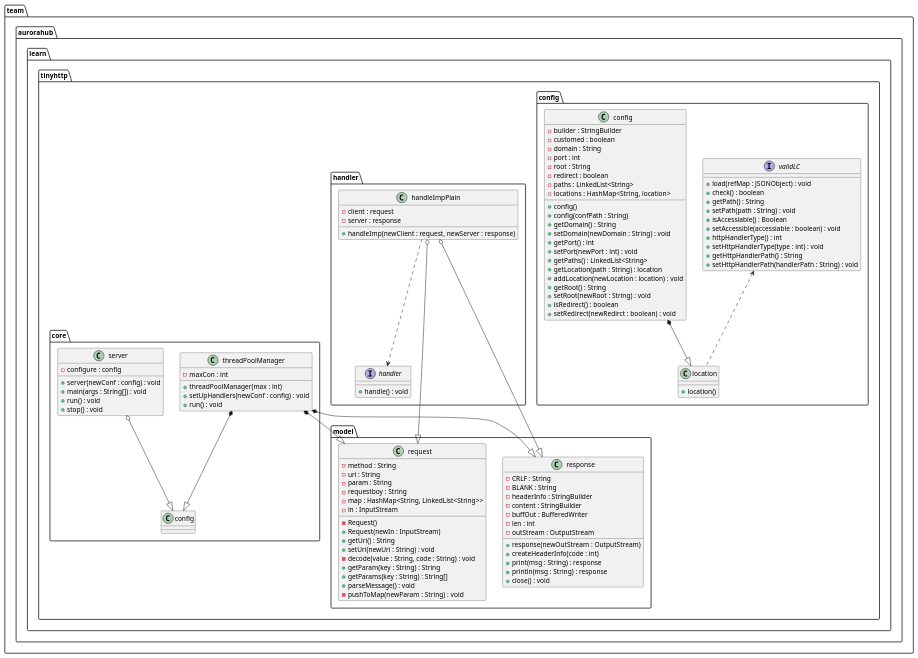
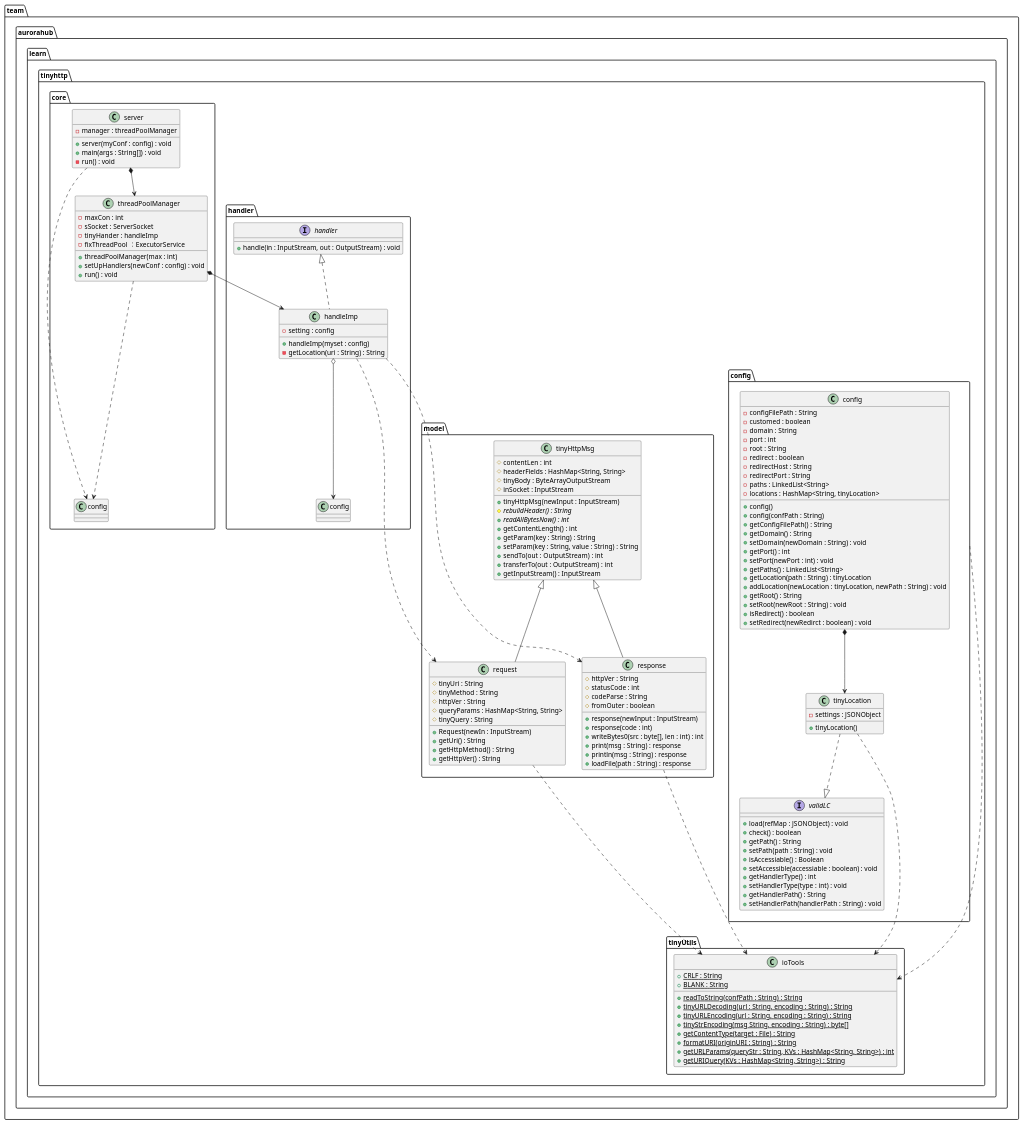
The diagram in resources/design.wsd (ChanthMiao/tinyhttp), drawn with PlantUML before and after one commit. The commit also changed 11 other files, not shown here.

Commit message:
It can run now!

```diff
--- a/resources/design.wsd
+++ b/resources/design.wsd
@@ -1,121 +1,159 @@
 @startuml tinyhttp
 package team.aurorahub.learn.tinyhttp{
 
     package team.aurorahub.learn.tinyhttp.config{
         interface validLC {
-        +load(refMap : JSONObject) : void
-        +check() : boolean
-        +getPath() : String
-        +setPath(path : String) : void
-        +isAccessiable() : Boolean
-        +setAccessible(accessiable : boolean) : void
-        +httpHandlerType() : int
-        +setHttpHandlerType(type : int) : void
-        +getHttpHandlerPath() : String
-        +setHttpHandlerPath(handlerPath : String) : void
+            +load(refMap : JSONObject) : void
+            +check() : boolean
+            +getPath() : String
+            +setPath(path : String) : void
+            +isAccessiable() : Boolean
+            +setAccessible(accessiable : boolean) : void
+            +getHandlerType() : int
+            +setHandlerType(type : int) : void
+            +getHandlerPath() : String
+            +setHandlerPath(handlerPath : String) : void
         }
 
-        class location {
-            +location()
+        class tinyLocation {
+            -settings : JSONObject
+            +tinyLocation()
         }
 
-        validLC <.. location
+        tinyLocation ..|> validLC
 
         class config{
-            -builder : StringBuilder
+            -configFilePath : String
             -customed : boolean
             -domain : String
             -port : int
             -root : String
             -redirect : boolean
+            -redirectHost : String
+            -redirectPort : String
             -paths : LinkedList<String>
-            -locations : HashMap<String, location>
+            -locations : HashMap<String, tinyLocation>
             +config()
             +config(confPath : String)
+            +getConfigFilePath() : String
             +getDomain() : String
             +setDomain(newDomain : String) : void
             +getPort() : int
             +setPort(newPort : int) : void
             +getPaths() : LinkedList<String>
-            +getLocation(path : String) : location
-            +addLocation(newLocation : location) : void
+            +getLocation(path : String) : tinyLocation
+            +addLocation(newLocation : tinyLocation, newPath : String) : void
             +getRoot() : String
             +setRoot(newRoot : String) : void
             +isRedirect() : boolean
             +setRedirect(newRedirct : boolean) : void
         }
 
-        config *--|> location
+        config *--> tinyLocation
     }
 
     package team.aurorahub.learn.tinyhttp.model{
+        class tinyHttpMsg{
+            #contentLen : int
+            #headerFields : HashMap<String, String>
+            #tinyBody : ByteArrayOutputStream
+            #inSocket : InputStream
+            +tinyHttpMsg(newInput : InputStream)
+            #{abstract}rebuildHeader() : String
+            +{abstract}readAllBytesNow() : int
+            +getContentLength() : int
+            +getParam(key : String) : String
+            +setParam(key : String, value : String) : String
+            +sendTo(out : OutputStream) : int
+            +transferTo(out : OutputStream) : int
+            +getInputStream() : InputStream
+        }
+
         class request{
-            -method : String
-            -uri : String
-            -param : String
-            -requestboy : String
-            -map : HashMap<String, LinkedList<String>>
-            -in : InputStream
-            -Request()
+            #tinyUri : String
+            #tinyMethod : String
+            #httpVer : String
+            #queryParams : HashMap<String, String>
+            #tinyQuery : String
             +Request(newIn : InputStream)
             +getUri() : String
-            +setUri(newUri : String) : void
-            -decode(value : String, code : String) : void
-            +getParam(key : String) : String
-            +getParams(key : String) : String[]
-            +parseMessage() : void
-            -pushToMap(newParam : String) : void
+            +getHttpMethod() : String
+            +getHttpVer() : String
         }
 
+        tinyHttpMsg <|-- request
+
         class response{
-            -CRLF : String
-            -BLANK : String
-            -headerInfo : StringBuilder
-            -content : StringBuilder
-            -buffOut : BufferedWriter
-            -len : int
-            -outStream : OutputStream
-            +response(newOutStream : OutputStream)
-            +createHeaderInfo(code : int)
+            #httpVer : String
+            #statusCode : int
+            #codeParse : String
+            #fromOuter : boolean
+            +response(newInput : InputStream)
+            +response(code : int)
+            +writeBytes0(src : byte[], len : int) : int
             +print(msg : String) : response
             +println(msg : String) : response
-            +close() : void
+            +loadFile(path : String) : response
         }
+
+        tinyHttpMsg <|-- response
     }
     package team.aurorahub.learn.tinyhttp.handler{
         interface handler{
-            +handle() : void
+            +handle(in : InputStream, out : OutputStream) : void
         }
-        class handleImpPlain{
-            -client : request
-            -server : response
-            +handleImp(newClient : request, newServer : response)
+        class handleImp{
+            -setting : config
+            +handleImp(myset : config)
+            -getLocation(uri : String) : String
         }
 
-        handleImpPlain ..> handler
-        handleImpPlain o---|> request
-        handleImpPlain o---|> response
+        handler <|.. handleImp
+        handleImp o--> config
+        handleImp ...> request
+        handleImp ...> response
     }
 
     package team.aurorahub.learn.tinyhttp.core{
         class threadPoolManager{
             -maxCon : int
+            -sSocket : ServerSocket
+            -tinyHander : handleImp
+            -fixThreadPool ：ExecutorService
             +threadPoolManager(max : int)
             +setUpHandlers(newConf : config) : void
             +run() : void
         }
-        threadPoolManager *--|> config
-        threadPoolManager *--|> request
-        threadPoolManager *--|> response
+        threadPoolManager ...> config
+        threadPoolManager *--> handleImp
 
         class server{
-            -configure : config
-            +server(newConf : config) : void
+            -manager : threadPoolManager
+            +server(myConf : config) : void
             +main(args : String[]) : void
-            +run() : void
-            +stop() : void
+            -run() : void
         }
-        server o--|> config
+        server *--> threadPoolManager
+        server ...> config
     }
+
+    package team.aurorahub.learn.tinyhttp.tinyUtils{
+        class ioTools{
+            +{static}CRLF : String
+            +{static}BLANK : String
+            +{static}readToString(confPath : String) : String
+            +{static}tinyURLDecoding(url : String, encoding : String) : String
+            +{static}tinyURLEncoding(url : String, encoding : String) : String
+            +{static}tinyStrEncoding(msg String, encoding : String) : byte[]
+            +{static}getContentType(target : File) : String
+            +{static}formatURI(originURI : String) : String
+            +{static}getURLParams(queryStr : String, KVs : HashMap<String, String>) : int
+            +{static}getURIQuery(KVs : HashMap<String, String>) : String
+        }
+    }
+    tinyLocation ...> ioTools
+    config ...> ioTools
+    response ..> ioTools
+    request ...> ioTools
 }
 @enduml
```
